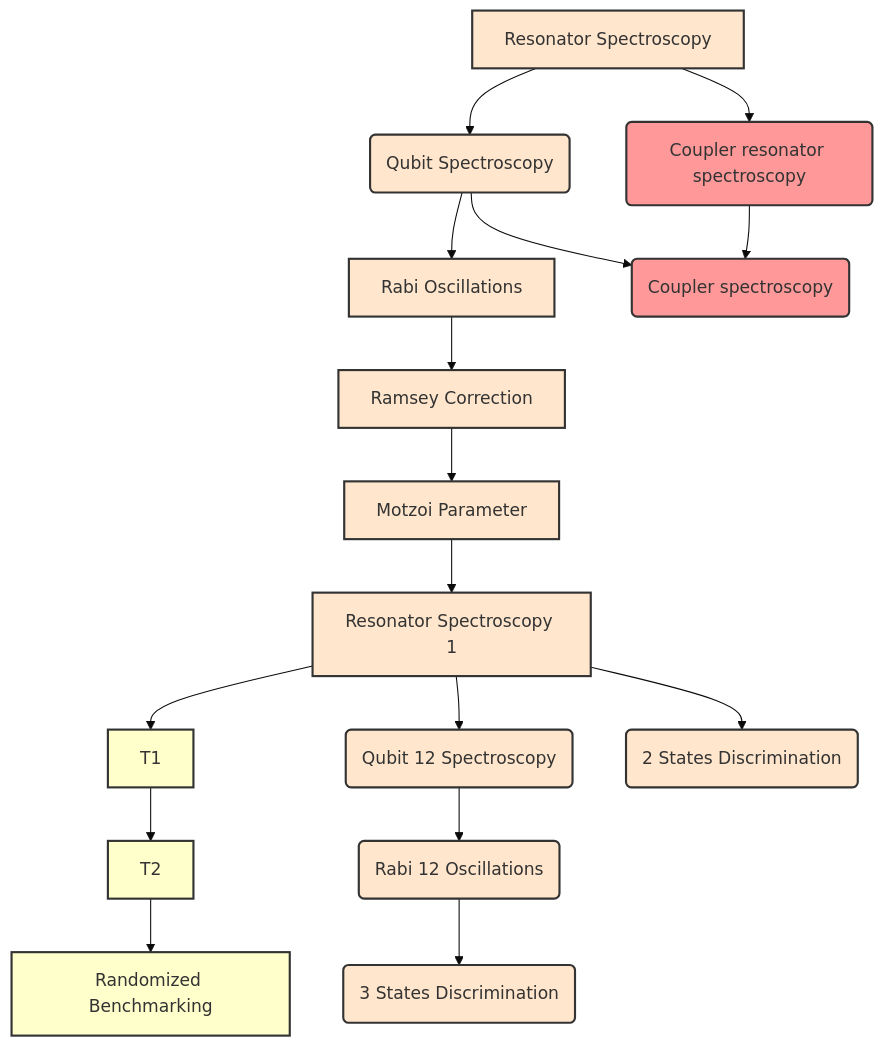
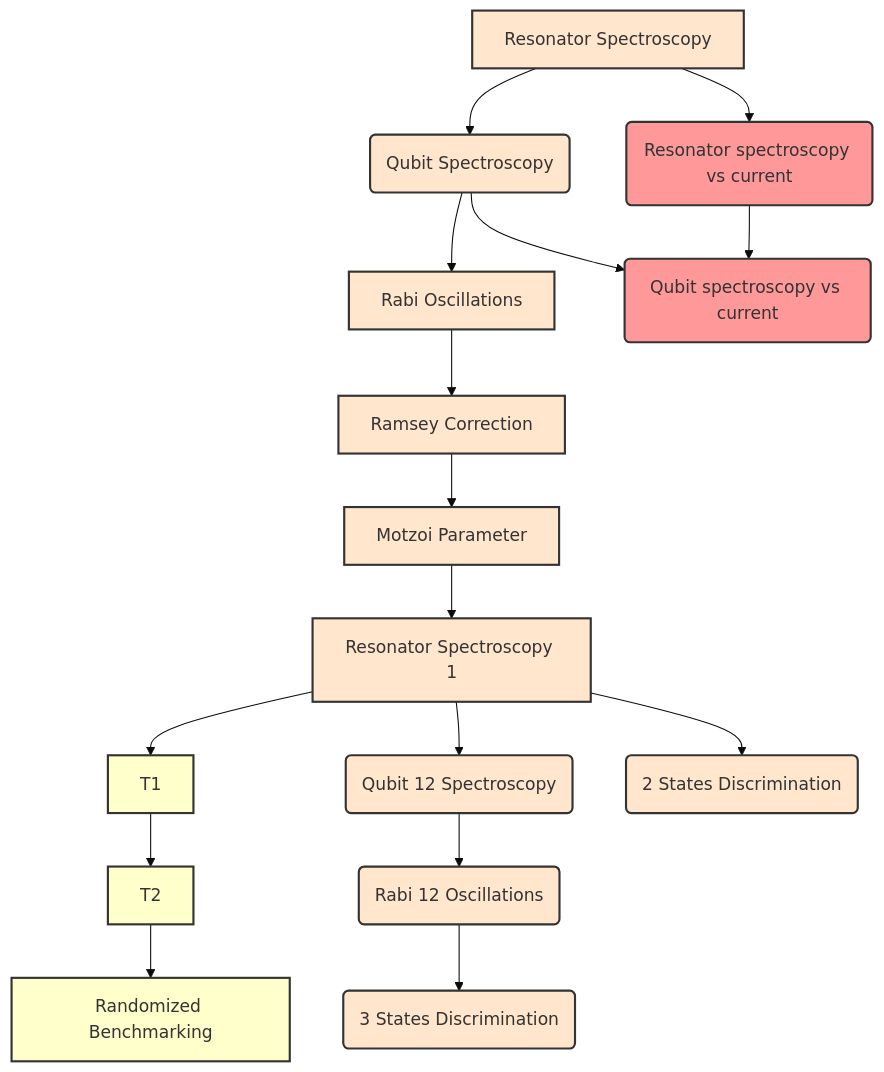
One commit to tergite/tergite-autocalibration changed the diagram in docs_editable/available_nodes.qmd. Above: the diagram before and after it, drawn with Mermaid (base theme). The commit also changed other lines of this file and 18 other files, not shown here.

````diff
--- a/docs_editable/available_nodes.qmd
+++ b/docs_editable/available_nodes.qmd
@@ -3,37 +3,37 @@
 ```{mermaid}
 graph TD
     A[Resonator Spectroscopy] --> B(Qubit Spectroscopy)
     B --> C[Rabi Oscillations]
     C --> D[Ramsey Correction]
     D --> E[Motzoi Parameter]
     E --> F[Resonator Spectroscopy 1]
     F --> C1[T1] --> C2[T2] --> C3[Randomized Benchmarking]
     F --> F1(Qubit 12 Spectroscopy) --> G(Rabi 12 Oscillations)
     F --> H1(2 States Discrimination)
     G --> H2(3 States Discrimination)
-    A --> I(Coupler resonator spectroscopy)
-    B --> J(Coupler spectroscopy)
+    A --> I(Resonator spectroscopy vs current)
+    B --> J(Qubit spectroscopy vs current)
     I --> J
         
     click A href "nodes/resonator_spectroscopy_node.html"
     click B href "nodes/qubit_spectroscopy_node.html"
     click C href "nodes/rabi_oscillations_node.html"
-    click I href "nodes/coupler_resonator_spectroscopy_node.html"
-    click J href "nodes/coupler_spectroscopy_node.html"
+    click I href "nodes/resonator_spectroscopy_vs_current_node.html"
+    click J href "nodes/qubit_spectroscopy_vs_current_node.html"
 
     style A fill:#ffe6cc,stroke:#333,stroke-width:2px
     style B fill:#ffe6cc,stroke:#333,stroke-width:2px
     style C fill:#ffe6cc,stroke:#333,stroke-width:2px
     style D fill:#ffe6cc,stroke:#333,stroke-width:2px
     style E fill:#ffe6cc,stroke:#333,stroke-width:2px
     style F fill:#ffe6cc,stroke:#333,stroke-width:2px
     style C1 fill:#ffffcc,stroke:#333,stroke-width:2px
     style C2 fill:#ffffcc,stroke:#333,stroke-width:2px
     style C3 fill:#ffffcc,stroke:#333,stroke-width:2px
     style F1 fill:#ffe6cc,stroke:#333,stroke-width:2px
     style G fill:#ffe6cc,stroke:#333,stroke-width:2px
     style H1 fill:#ffe6cc,stroke:#333,stroke-width:2px
     style H2 fill:#ffe6cc,stroke:#333,stroke-width:2px
     style I fill:#ff9999,stroke:#333,stroke-width:2px
     style J fill:#ff9999,stroke:#333,stroke-width:2px
 ```
````
